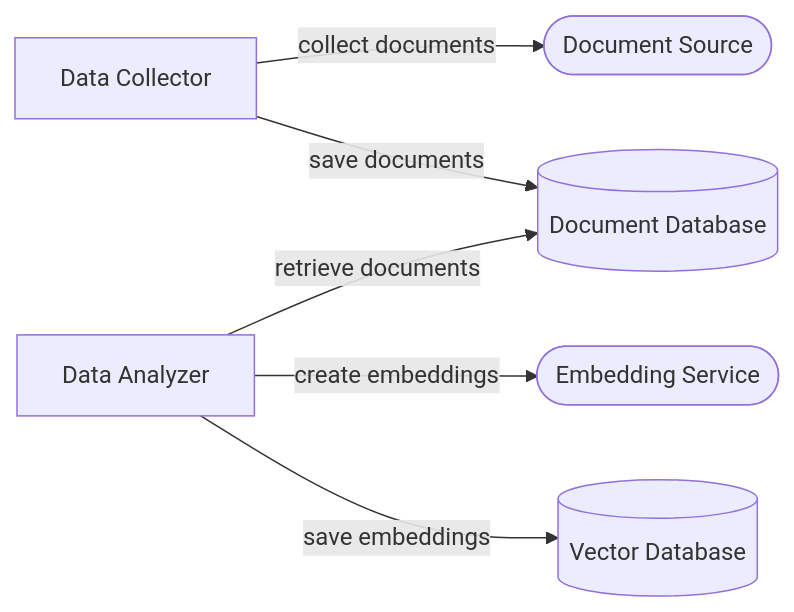
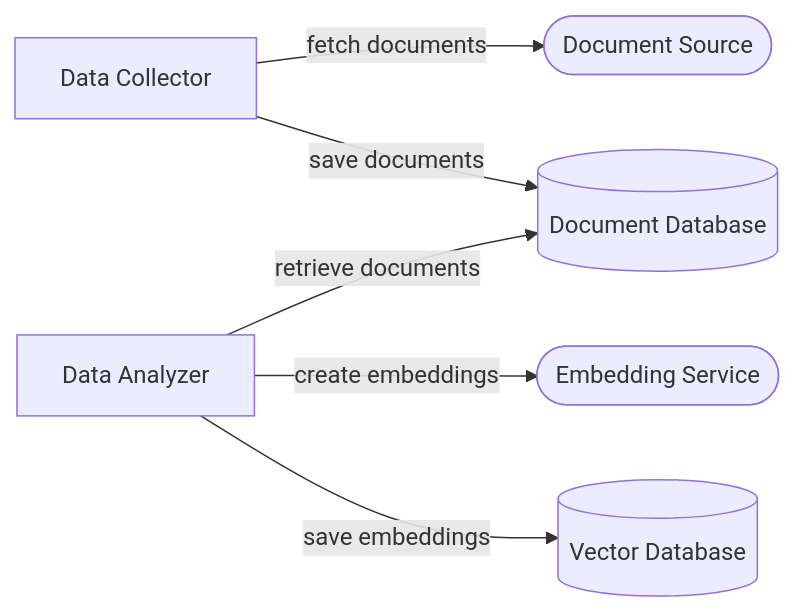
One commit to initialcapacity/news-analyzer changed the second of 3 diagrams in README.md. Above: the diagram before and after it, drawn with Mermaid. The commit also changed other lines of this file and 1 other file, not shown here.

Commit message:
Refactor collector to match readme

````diff
--- a/README.md
+++ b/README.md
@@ -37,15 +37,15 @@
 ```mermaid
 flowchart LR
     embeddings([Embedding Service])
     docs([Document Source])
     vdb[(Vector Database)]
     db[(Document Database)]
     collector[Data Collector]
     analyzer[Data Analyzer]
     
-    collector -- collect documents --> docs
+    collector -- fetch documents --> docs
     collector -- save documents --> db
     analyzer -- retrieve documents --> db
     analyzer -- create embeddings --> embeddings
     analyzer -- save embeddings --> vdb
 ```
````
